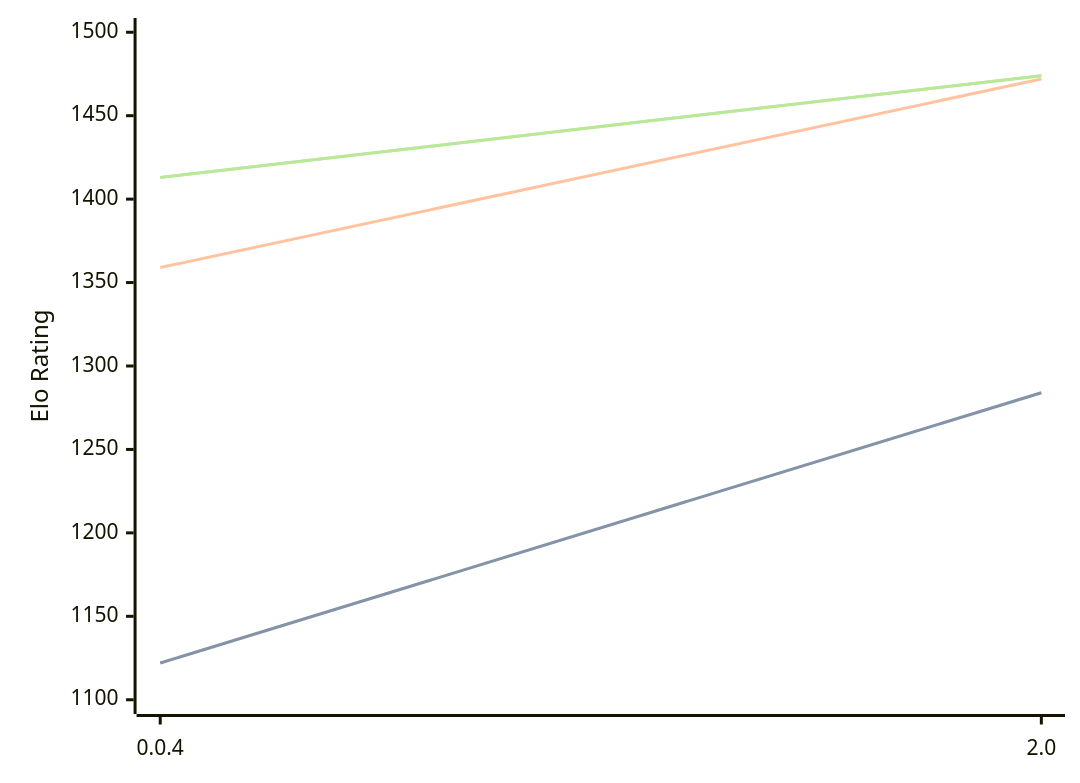
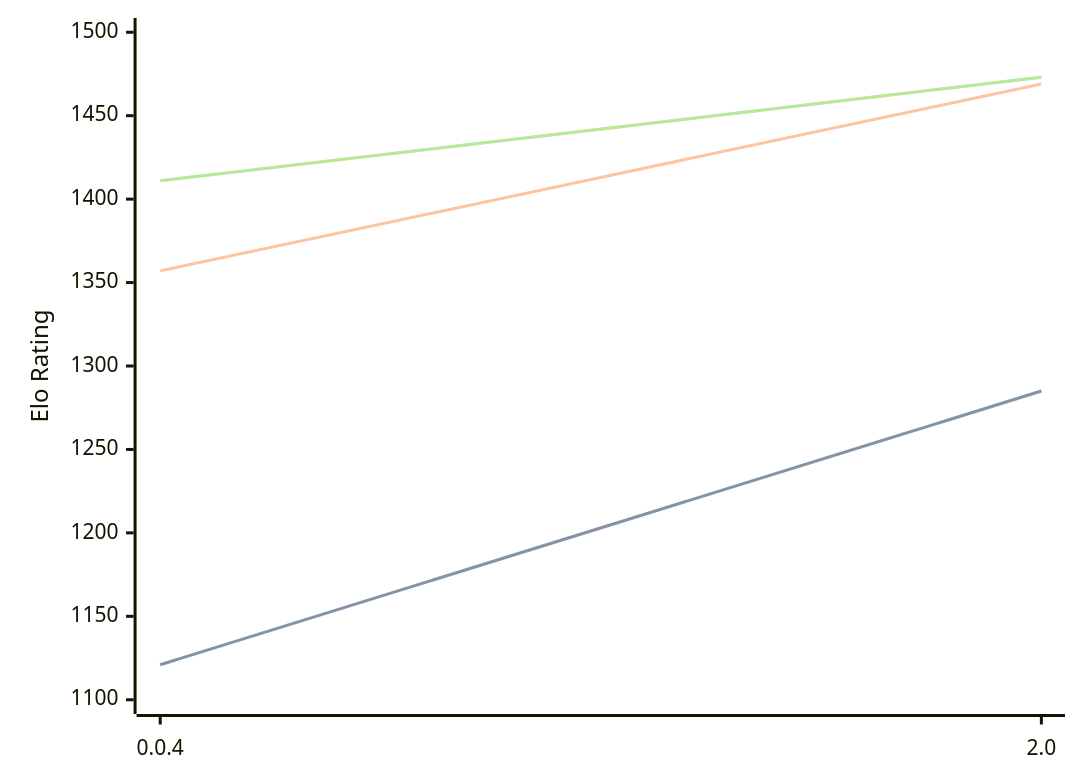
The diagram in engines/Oops!Mate.md (computer-chess-index/cci), drawn with Mermaid before and after one commit. The commit also changed other lines of this file, not shown here.

Commit message:
Update CCI Ratings (ELO VLTC) - 2026-04-17

````diff
--- a/engines/Oops!Mate.md
+++ b/engines/Oops!Mate.md
@@ -51,11 +51,11 @@
 ```mermaid
 %%{init: {"theme":"base","themeVariables":{"seriesColors:['#a3a3a3','#222221','#faa371']}}}%%
 xychart-beta
   x-axis ["0.0.4", "2.0"]
   y-axis "Elo Rating" 1100 --> 1500
-  line "STC (8.0+0.08s)" [1122, 1284]
-  line "STC (8.0+0.08s)" [1122, 1284]
-  line "LTC (60.0+0.60s)" [1359, 1472]
-  line "VLTC (2m24s+1.12s)" [1413, 1474]
-  line "VLTC (2m24s+1.12s)" [1413, 1474]
+  line "STC (8.0+0.08s)" [1121, 1285]
+  line "STC (8.0+0.08s)" [1121, 1285]
+  line "LTC (60.0+0.60s)" [1357, 1469]
+  line "VLTC (2m24s+1.12s)" [1411, 1473]
+  line "VLTC (2m24s+1.12s)" [1411, 1473]
 ```
````
